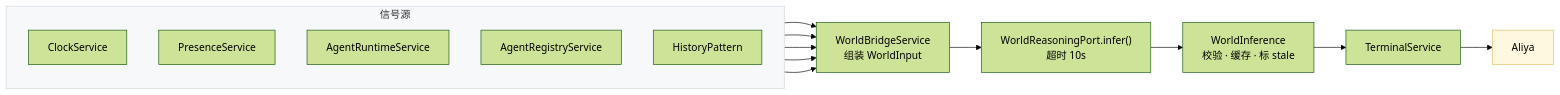
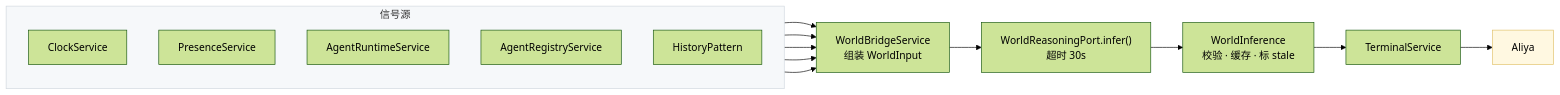
One commit to muyulov/Aliya-cosmos changed the first of 2 diagrams in docs/wiki/agents/cosmos/world-reasoning.md. Above: the diagram before and after it, drawn with Mermaid (forest theme). The commit also changed other lines of this file and 7 other files, not shown here.

````diff
--- a/docs/wiki/agents/cosmos/world-reasoning.md
+++ b/docs/wiki/agents/cosmos/world-reasoning.md
@@ -37,27 +37,27 @@
 ```mermaid
 flowchart LR
     subgraph SRC["信号源"]
         direction TB
         CLK["ClockService"]
         PRE["PresenceService"]
         RT["AgentRuntimeService"]
         REG["AgentRegistryService"]
         HIS["HistoryPattern"]
     end
 
     WB["WorldBridgeService<br/>组装 WorldInput"]
-    PORT["WorldReasoningPort.infer()<br/>超时 10s"]
+    PORT["WorldReasoningPort.infer()<br/>超时 30s"]
     WI["WorldInference<br/>校验 · 缓存 · 标 stale"]
     TS["TerminalService"]
     A["Aliya"]
 
     CLK --> WB
     PRE --> WB
     RT --> WB
     REG --> WB
     HIS --> WB
     WB --> PORT --> WI --> TS --> A
 
     style SRC fill:#f6f8fa,stroke:#d0d7de
     style A fill:#fff8e1,stroke:#e0c068
 ```
````
